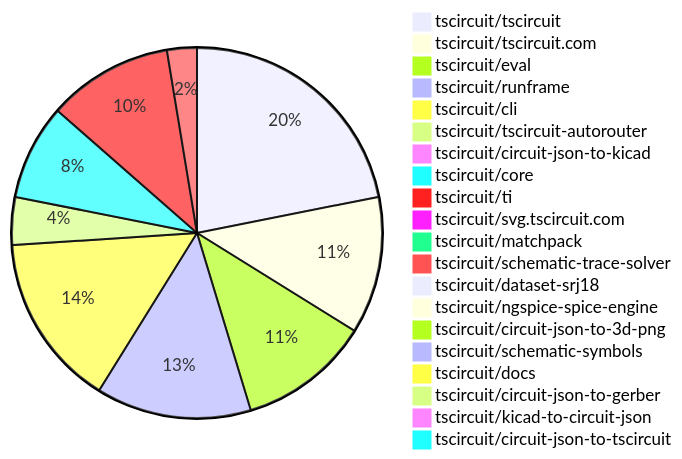
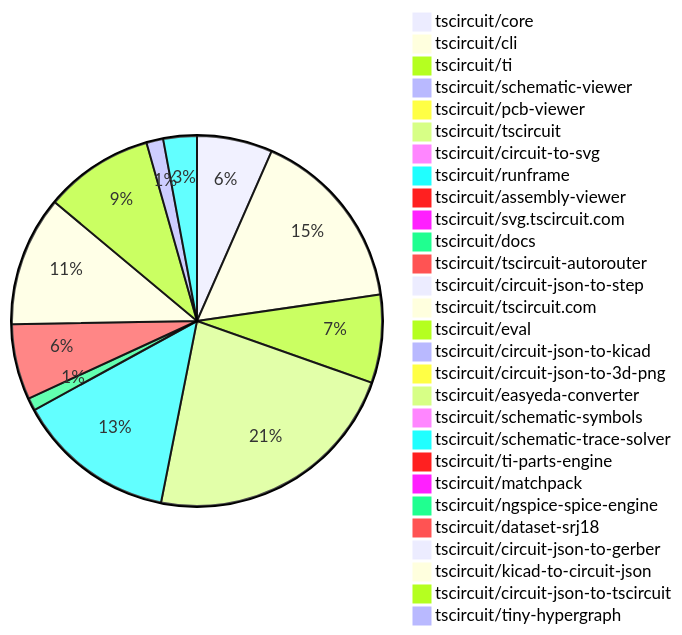
The diagram in README.md (tscircuit/contribution-tracker), drawn with Mermaid before and after one commit. The commit also changed other lines of this file and 3 other files, not shown here.

````diff
--- a/README.md
+++ b/README.md
@@ -30,23 +30,31 @@
 ```mermaid
 pie
-    "tscircuit/tscircuit" : 42
-    "tscircuit/tscircuit.com" : 23
-    "tscircuit/eval" : 22
-    "tscircuit/runframe" : 26
-    "tscircuit/cli" : 29
-    "tscircuit/tscircuit-autorouter" : 8
-    "tscircuit/circuit-json-to-kicad" : 2
-    "tscircuit/core" : 16
+    "tscircuit/core" : 18
+    "tscircuit/cli" : 44
     "tscircuit/ti" : 21
+    "tscircuit/schematic-viewer" : 2
+    "tscircuit/pcb-viewer" : 2
+    "tscircuit/tscircuit" : 62
+    "tscircuit/circuit-to-svg" : 1
+    "tscircuit/runframe" : 38
+    "tscircuit/assembly-viewer" : 1
     "tscircuit/svg.tscircuit.com" : 1
+    "tscircuit/docs" : 3
+    "tscircuit/tscircuit-autorouter" : 18
+    "tscircuit/circuit-json-to-step" : 1
+    "tscircuit/tscircuit.com" : 31
+    "tscircuit/eval" : 26
+    "tscircuit/circuit-json-to-kicad" : 4
+    "tscircuit/circuit-json-to-3d-png" : 1
+    "tscircuit/easyeda-converter" : 1
+    "tscircuit/schematic-symbols" : 1
+    "tscircuit/schematic-trace-solver" : 8
+    "tscircuit/ti-parts-engine" : 1
     "tscircuit/matchpack" : 2
-    "tscircuit/schematic-trace-solver" : 5
+    "tscircuit/ngspice-spice-engine" : 1
     "tscircuit/dataset-srj18" : 1
-    "tscircuit/ngspice-spice-engine" : 1
-    "tscircuit/circuit-json-to-3d-png" : 1
-    "tscircuit/schematic-symbols" : 1
-    "tscircuit/docs" : 1
     "tscircuit/circuit-json-to-gerber" : 1
     "tscircuit/kicad-to-circuit-json" : 1
     "tscircuit/circuit-json-to-tscircuit" : 2
+    "tscircuit/tiny-hypergraph" : 2
 ```
````
